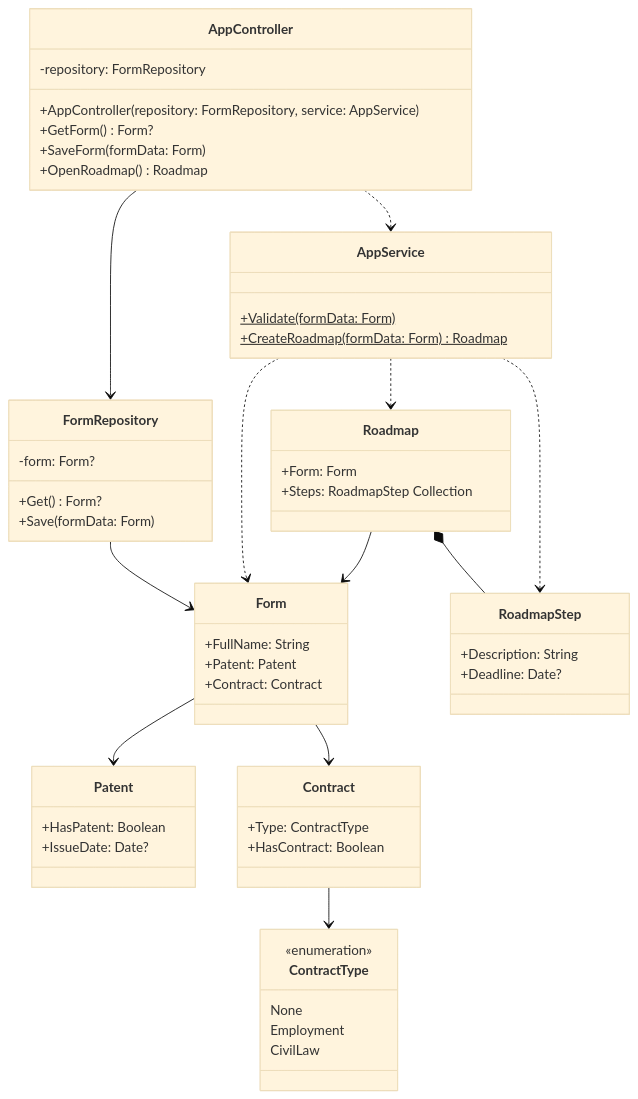
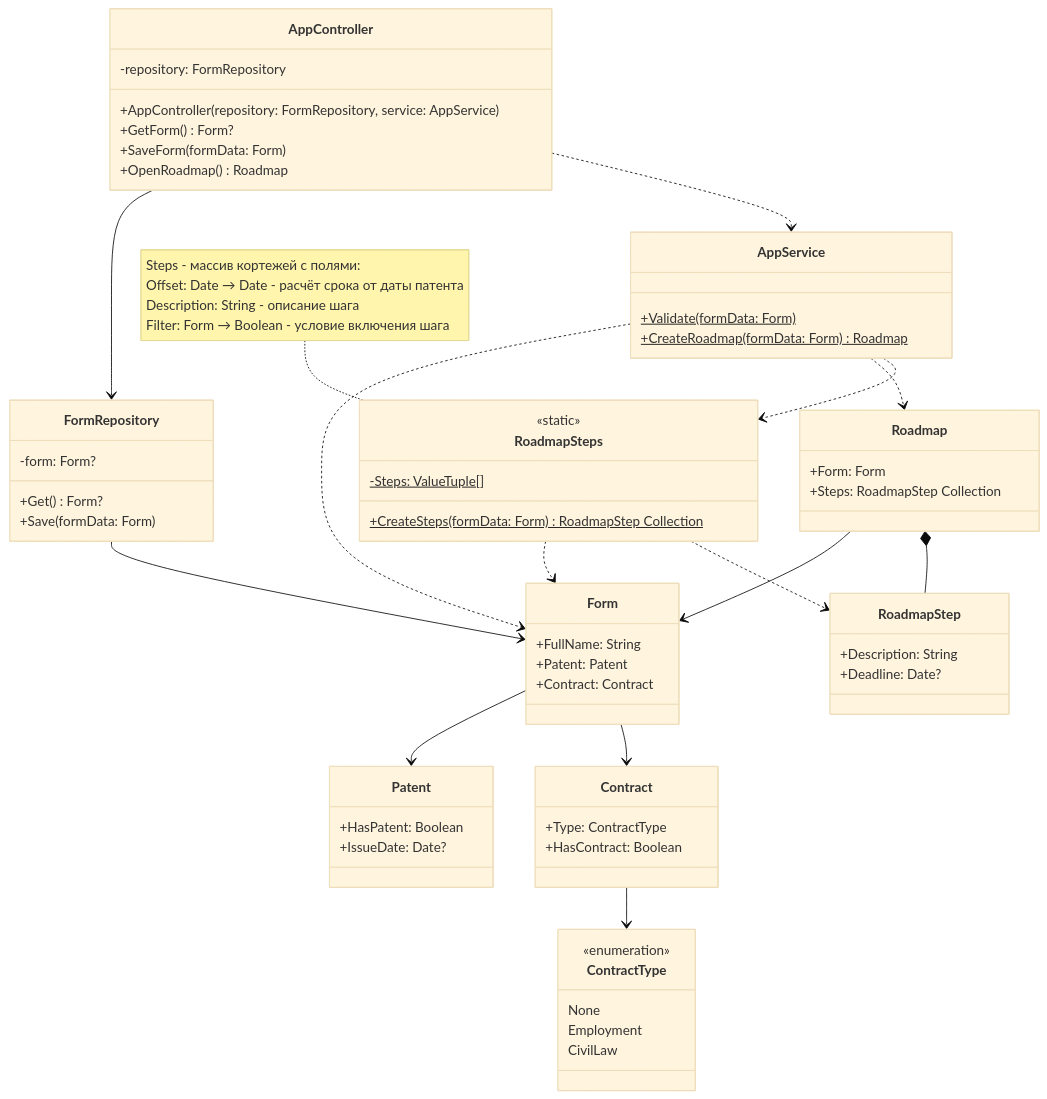
The diagram in _docs/lab5.md (Edmorton1/peace), drawn with Mermaid (base theme) before and after one commit. The commit also changed 3 other files, not shown here.

Commit message:
RoadmapSteps

````diff
--- a/_docs/lab5.md
+++ b/_docs/lab5.md
@@ -3,70 +3,80 @@
 ```mermaid
 classDiagram
     direction TB
 
     class AppController {
         -repository: FormRepository
         +AppController(repository: FormRepository, service: AppService)
         +GetForm() Form?
         +SaveForm(formData: Form)
         +OpenRoadmap() Roadmap
     }
 
     class AppService {
         +Validate(formData: Form)$
         +CreateRoadmap(formData: Form) Roadmap$
     }
 
     class FormRepository {
         -form: Form?
         +Get() Form?
         +Save(formData: Form)
     }
 
     class Form {
         +FullName: String
         +Patent: Patent
         +Contract: Contract
     }
 
     class Patent {
         +HasPatent: Boolean
         +IssueDate: Date?
     }
 
     class Contract {
         +Type: ContractType
         +HasContract: Boolean
     }
 
     class ContractType {
         <<enumeration>>
         None
         Employment
         CivilLaw
     }
 
     class Roadmap {
         +Form: Form
         +Steps: RoadmapStep Collection
     }
 
+    class RoadmapSteps {
+        <<static>>
+        -Steps: ValueTuple[]$
+        +CreateSteps(formData: Form) RoadmapStep Collection$
+    }
+
+    note for RoadmapSteps "Steps - массив кортежей с полями:<br/>Offset: Date → Date - расчёт срока от даты патента<br/>Description: String - описание шага<br/>Filter: Form → Boolean - условие включения шага"
+
     class RoadmapStep {
         +Description: String
         +Deadline: Date?
     }
 
 
     AppController --> FormRepository
     AppController ..> AppService
     AppService ..> Form
     AppService ..> Roadmap
-    AppService ..> RoadmapStep
+    AppService ..> RoadmapSteps
+    RoadmapSteps ..> Form
+    RoadmapSteps ..> RoadmapStep
 
     FormRepository --> Form
     Form --> Patent
     Form --> Contract
     Contract --> ContractType
     Roadmap --> Form
     Roadmap *-- RoadmapStep
 ```
````
